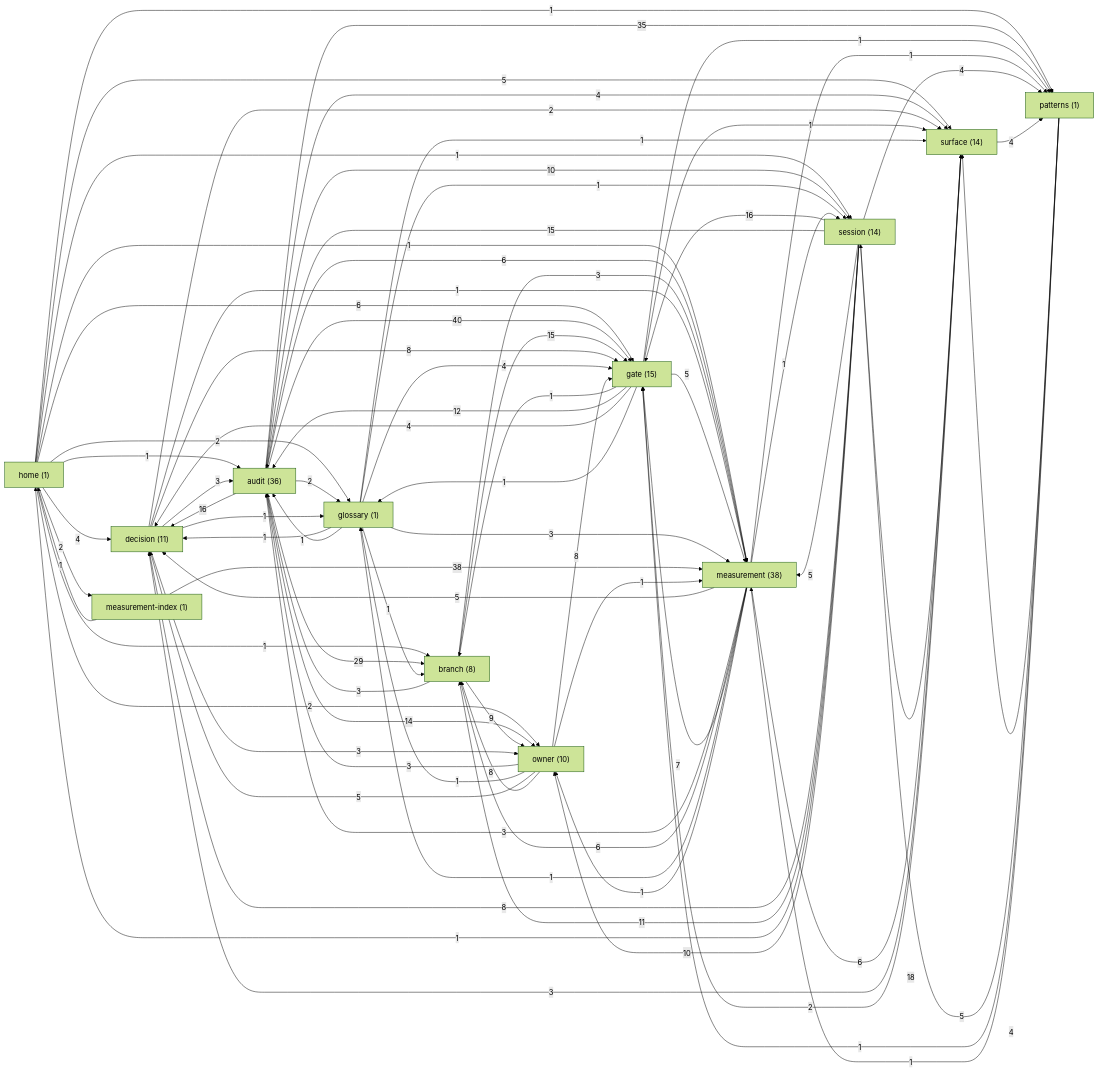
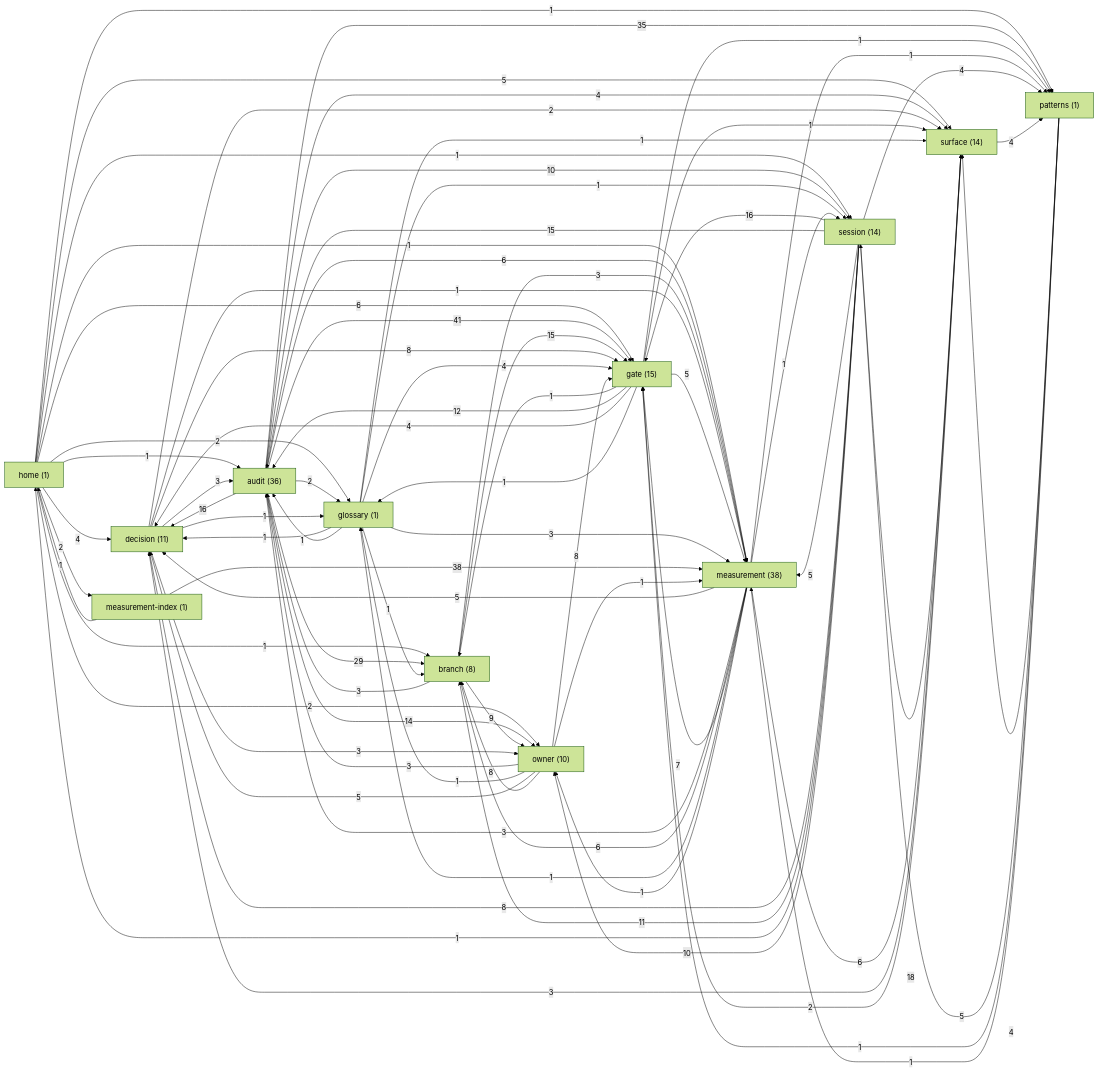
The diagram in docs/brain/GRAPH.md (sergey9519546/STORYMACHINE), drawn with Mermaid (forest theme) before and after one commit. The commit also changed other lines of this file and 10 other files, not shown here.

```diff
--- a/docs/brain/GRAPH.md
+++ b/docs/brain/GRAPH.md
@@ -34,7 +34,7 @@
   audit -->|2| glossary
   audit -->|10| session
   audit -->|29| branch
-  audit -->|40| gate
+  audit -->|41| gate
   audit -->|16| decision
   audit -->|35| patterns
   audit -->|14| owner
```
